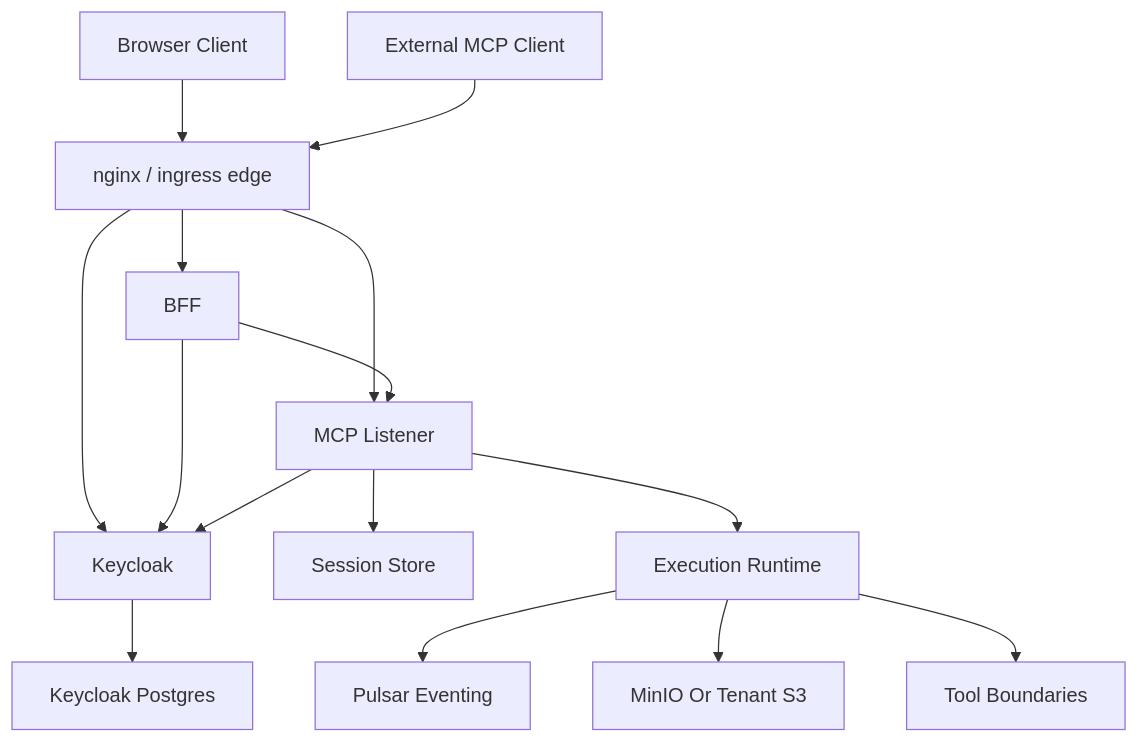
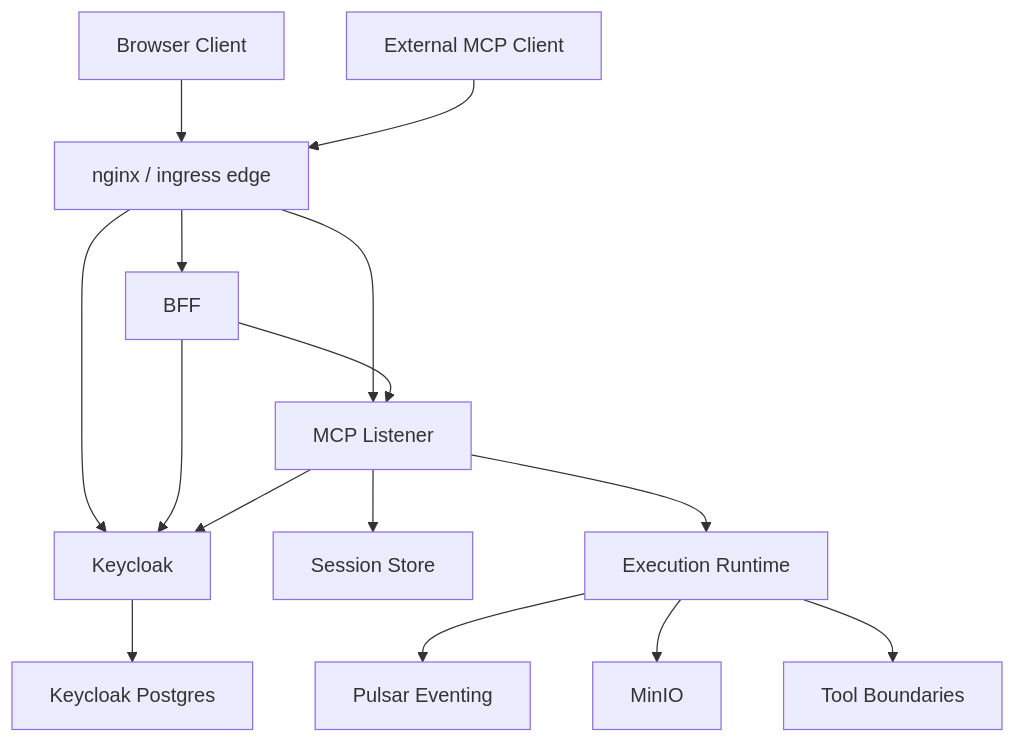
Before and after one commit to Tuee22/studioMCP: the diagram in documents/architecture/overview.md, drawn with Mermaid. The commit also changed other lines of this file and 67 other files, not shown here.

````diff
--- a/documents/architecture/overview.md
+++ b/documents/architecture/overview.md
@@ -37,17 +37,17 @@
 ```mermaid
 flowchart TB
   Browser[Browser Client] --> Edge[nginx / ingress edge]
   External[External MCP Client] --> Edge
   Edge --> BFF[BFF]
   Edge --> MCP[MCP Listener]
   Edge --> Keycloak[Keycloak]
   BFF --> Keycloak
   BFF --> MCP
   MCP --> Keycloak
   MCP --> Redis[Session Store]
   MCP --> Runtime[Execution Runtime]
   Runtime --> Pulsar[Pulsar Eventing]
-  Runtime --> Storage[MinIO Or Tenant S3]
+  Runtime --> Storage[MinIO]
   Runtime --> Tools[Tool Boundaries]
   Keycloak --> Postgres[Keycloak Postgres]
 ```
````
